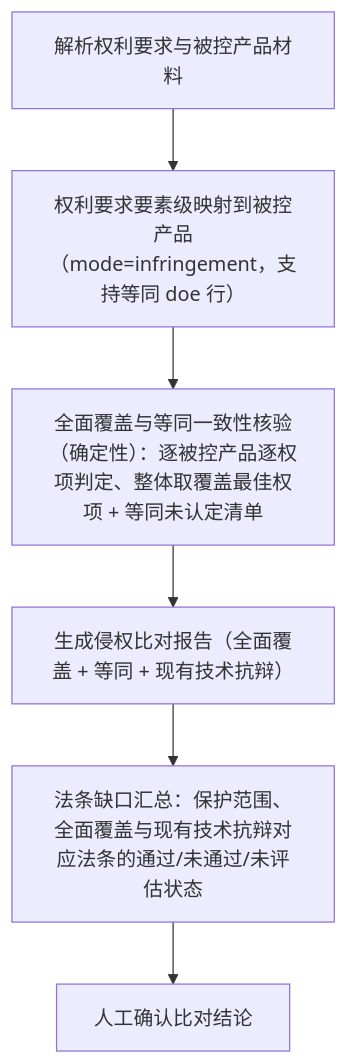
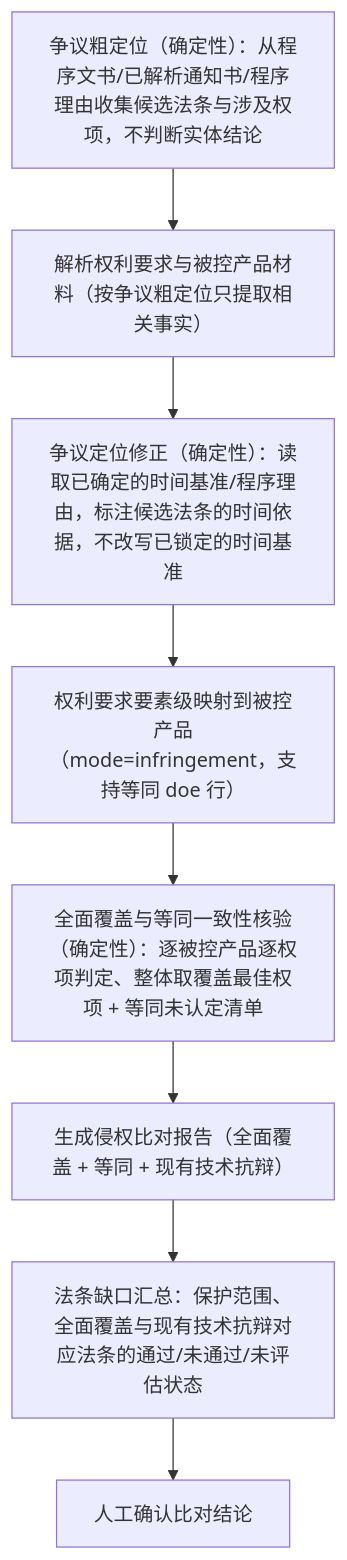
One commit to xujian519/deepseek-harness changed the diagram in snapshots/session/patent-infringement/workspace.expected/data/cases/CN2024-0004/workflow-runs/CN2024-0004__patent_infringement_v1.mmd. Above: the diagram before and after it, drawn with Mermaid. The commit also changed 82 other files, not shown here.

```diff
--- a/snapshots/session/patent-infringement/workspace.expected/data/cases/CN2024-0004/workflow-runs/CN2024-0004__patent_infringement_v1.mmd
+++ b/snapshots/session/patent-infringement/workspace.expected/data/cases/CN2024-0004/workflow-runs/CN2024-0004__patent_infringement_v1.mmd
@@ -1,12 +1,16 @@
 flowchart TD
-  parse["解析权利要求与被控产品材料"]
+  dispute-framing["争议粗定位（确定性）：从程序文书/已解析通知书/程序理由收集候选法条与涉及权项，不判断实体结论"]
+  parse["解析权利要求与被控产品材料（按争议粗定位只提取相关事实）"]
+  dispute-framing-refine["争议定位修正（确定性）：读取已确定的时间基准/程序理由，标注候选法条的时间依据，不改写已锁定的时间基准"]
   claim-chart["权利要求要素级映射到被控产品（mode=infringement，支持等同 doe 行）"]
   coverage["全面覆盖与等同一致性核验（确定性）：逐被控产品逐权项判定、整体取覆盖最佳权项 + 等同未认定清单"]
   report["生成侵权比对报告（全面覆盖 + 等同 + 现有技术抗辩）"]
   legal_gaps["法条缺口汇总：保护范围、全面覆盖与现有技术抗辩对应法条的通过/未通过/未评估状态"]
   approval["人工确认比对结论"]
-  parse --> claim-chart
+  dispute-framing --> parse
+  parse --> dispute-framing-refine
+  dispute-framing-refine --> claim-chart
   claim-chart --> coverage
   coverage --> report
   report --> legal_gaps
   legal_gaps --> approval
```
